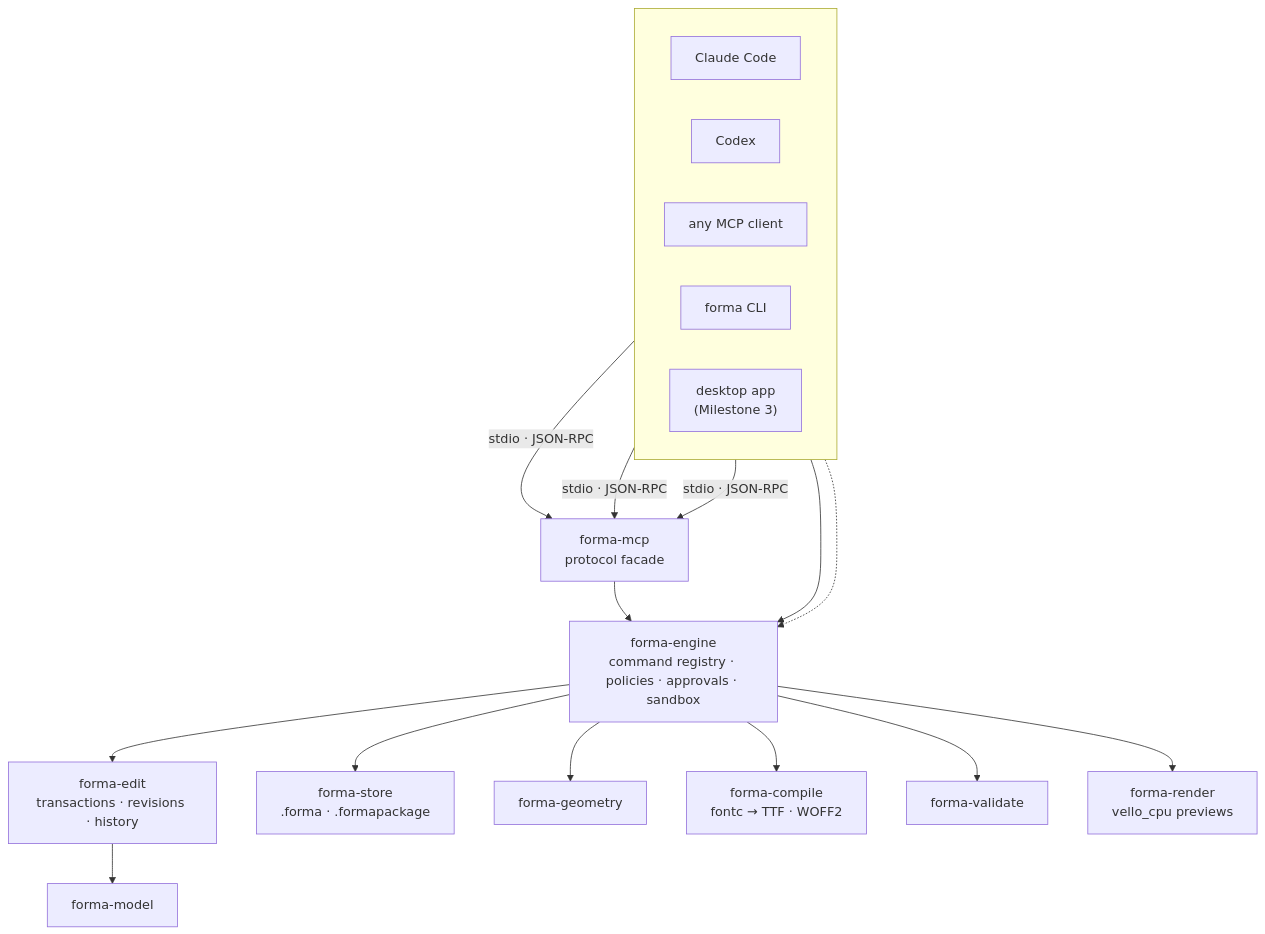
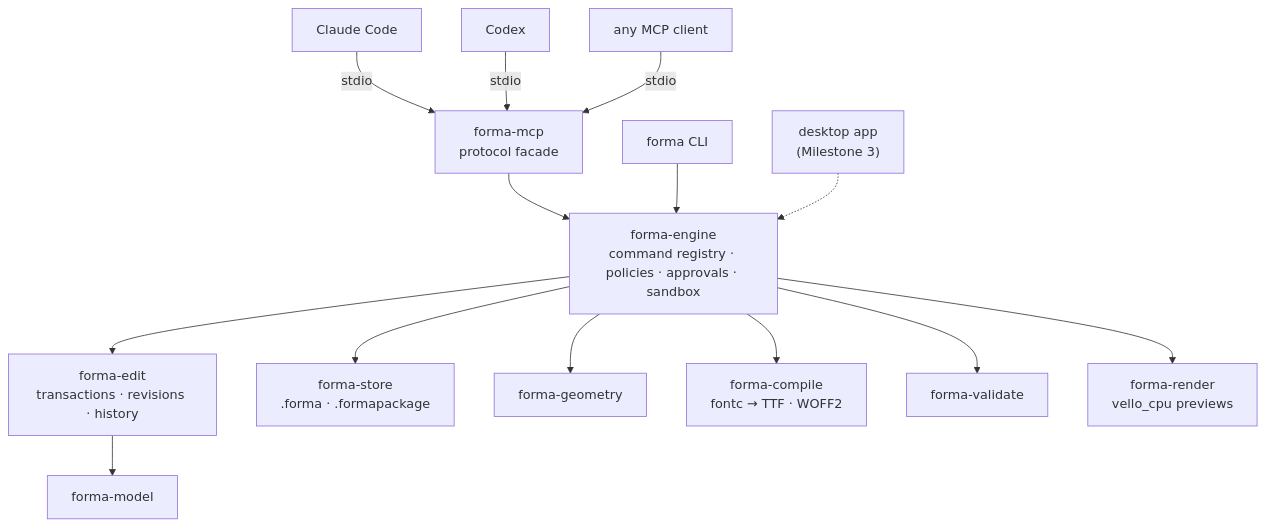
The first of 2 diagrams in README.md (luisfarfan/forma), drawn with Mermaid before and after one commit. The commit also changed other lines of this file and 1 other file, not shown here.

Commit message:
docs(readme): use GitHub-safe mermaid syntax and a shorter quick-start path

````diff
--- a/README.md
+++ b/README.md
@@ -125,25 +125,16 @@
 ```mermaid
 flowchart TB
-  subgraph clients [" "]
-    direction LR
-    CC["Claude Code"]
-    CX["Codex"]
-    ANY["any MCP client"]
-    CLI["forma CLI"]
-    APP["desktop app<br/>(Milestone 3)"]
-  end
-
-  CC & CX & ANY -- "stdio · JSON-RPC" --> MCP["forma-mcp<br/>protocol facade"]
-  MCP --> ENG
-  CLI --> ENG
-  APP -.-> ENG
-
-  ENG["forma-engine<br/>command registry · policies · approvals · sandbox"]
-  ENG --> EDIT["forma-edit<br/>transactions · revisions · history"]
+  CC["Claude Code"] -->|stdio| MCP
+  CX["Codex"] -->|stdio| MCP
+  ANY["any MCP client"] -->|stdio| MCP
+  MCP["forma-mcp<br/>protocol facade"] --> ENG
+  CLI["forma CLI"] --> ENG
+  APP["desktop app<br/>(Milestone 3)"] -.-> ENG
+  ENG["forma-engine<br/>command registry · policies · approvals · sandbox"] --> EDIT["forma-edit<br/>transactions · revisions · history"]
   EDIT --> MODEL["forma-model"]
   ENG --> STORE["forma-store<br/>.forma · .formapackage"]
   ENG --> GEO["forma-geometry"]
   ENG --> COMP["forma-compile<br/>fontc → TTF · WOFF2"]
   ENG --> VAL["forma-validate"]
   ENG --> REND["forma-render<br/>vello_cpu previews"]
 ```
````
